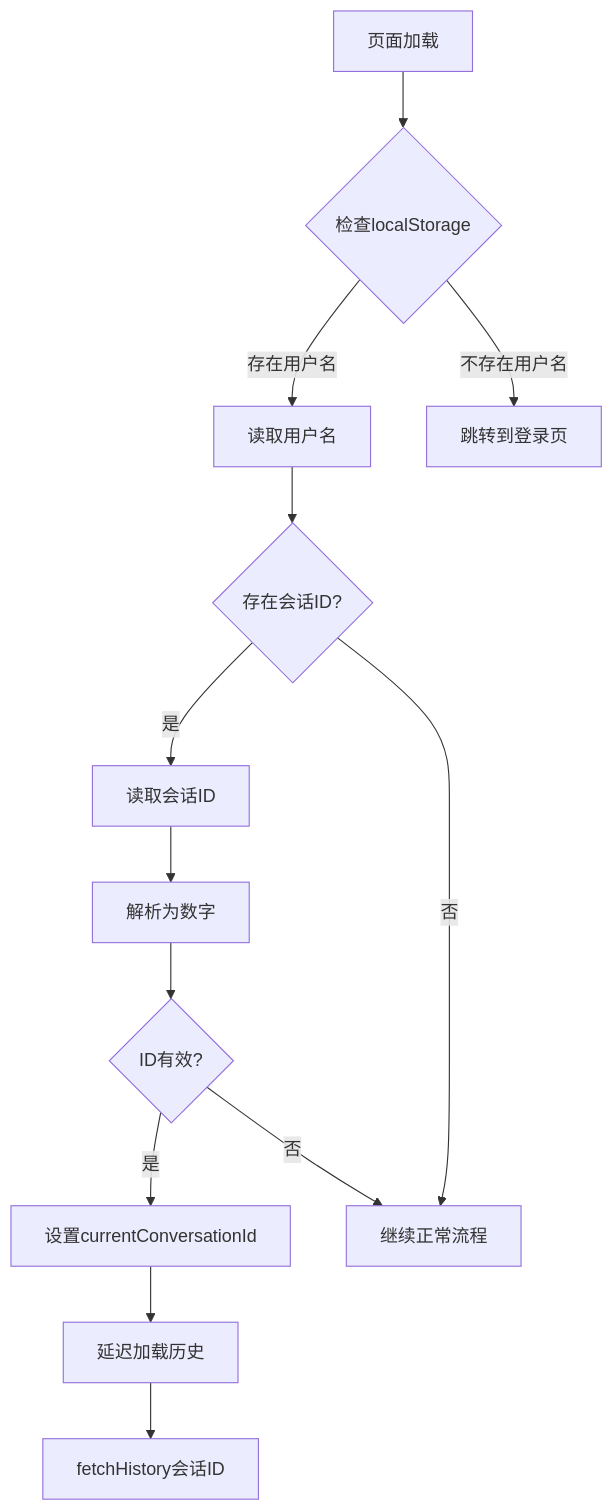
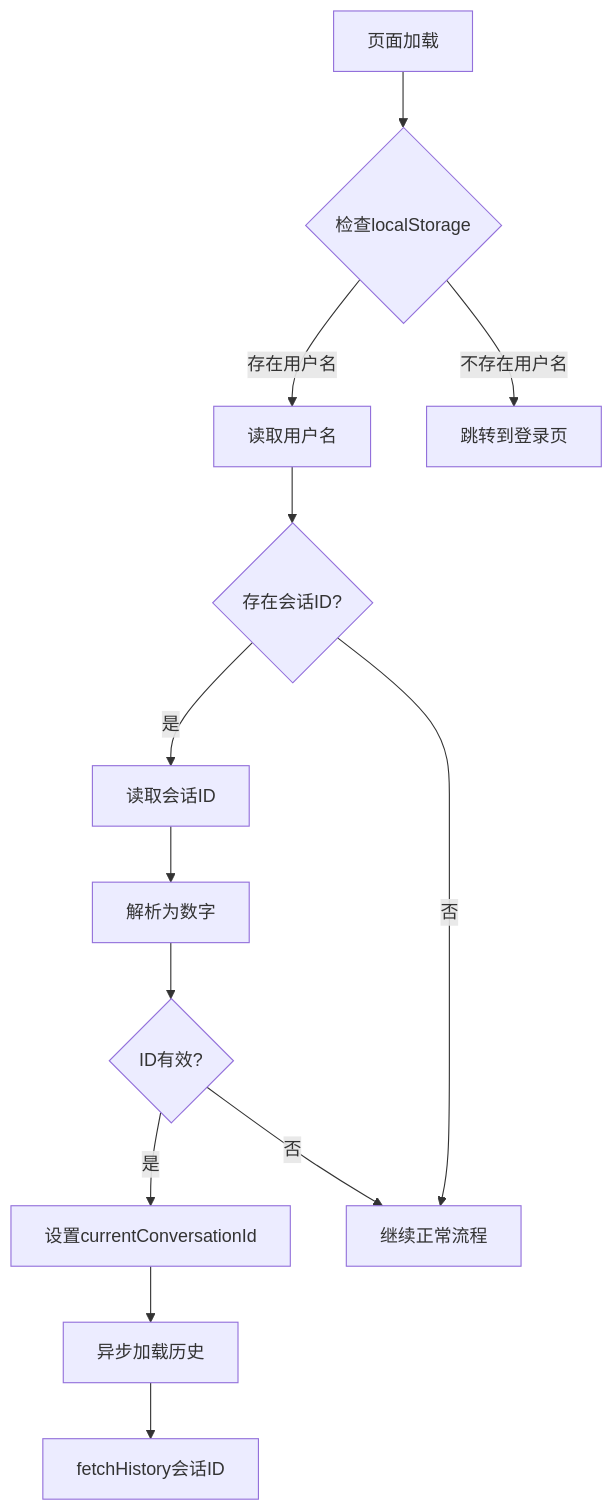
Before and after one commit to ghbbn053-ship-itsoulddog/soulddog: diagram 20 of 27 in .qoder/repowiki/zh/content/前端应用文档/AI聊天界面与对话交互.md, drawn with Mermaid. The commit also changed other lines of this file and 119 other files, not shown here.

````diff
--- a/.qoder/repowiki/zh/content/前端应用文档/AI聊天界面与对话交互.md
+++ b/.qoder/repowiki/zh/content/前端应用文档/AI聊天界面与对话交互.md
@@ -536,15 +1305,15 @@
 ```mermaid
 flowchart TD
 A[页面加载] --> B{检查localStorage}
 B --> |存在用户名| C[读取用户名]
 C --> D{存在会话ID?}
 D --> |是| E[读取会话ID]
 E --> F[解析为数字]
 F --> G{ID有效?}
 G --> |是| H[设置currentConversationId]
-H --> I[延迟加载历史]
+H --> I[异步加载历史]
 I --> J[fetchHistory会话ID]
 G --> |否| K[继续正常流程]
 D --> |否| K
 B --> |不存在用户名| L[跳转到登录页]
 ```
````
